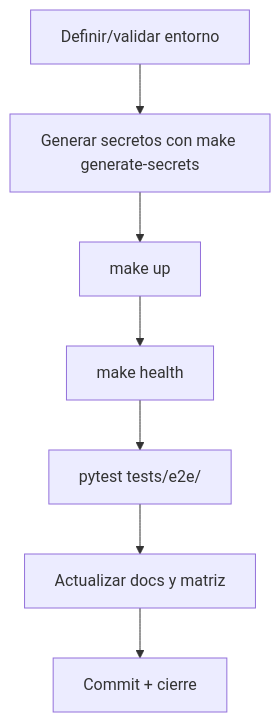
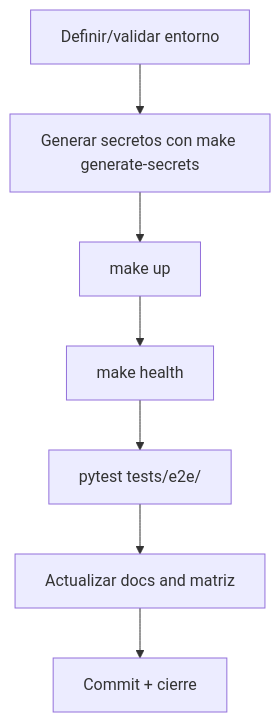
Before and after one commit to alesanfe/soar-ransomware-lab: the sixth of 8 diagrams in docs/06-project-management.md, drawn with Mermaid. The commit also changed other lines of this file and 1 other file, not shown here.

Commit message:
docs: fix Mermaid labels Spanish 'y'->'and', 'o'->'or' for consistency

````diff
--- a/docs/06-project-management.md
+++ b/docs/06-project-management.md
@@ -1206,9 +1206,9 @@
 ```mermaid
 graph TD
  A[Definir/validar entorno] --> B[Generar secretos con make generate-secrets]
  B --> C[make up]
  C --> D[make health]
  D --> E[pytest tests/e2e/]
- E --> F[Actualizar docs y matriz]
+ E --> F[Actualizar docs and matriz]
  F --> G[Commit + cierre]
 ```
````
